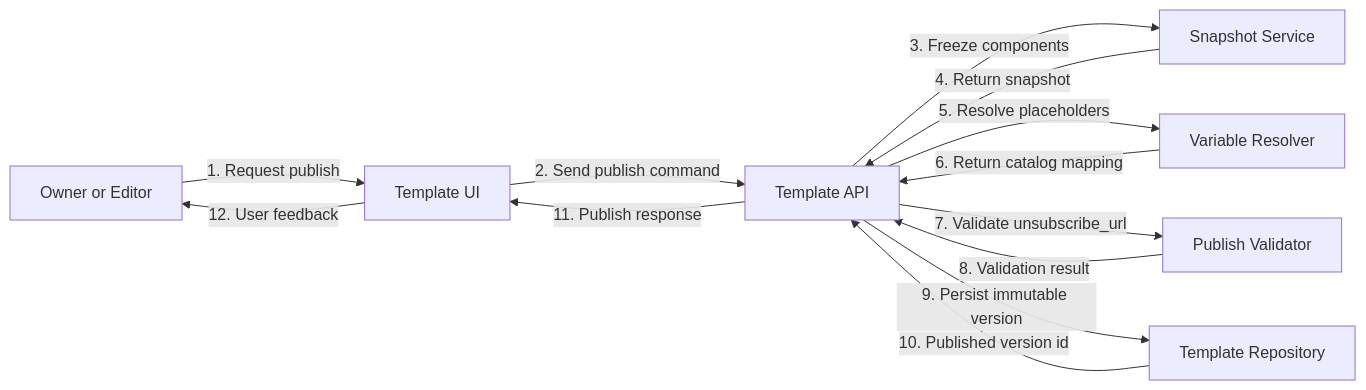
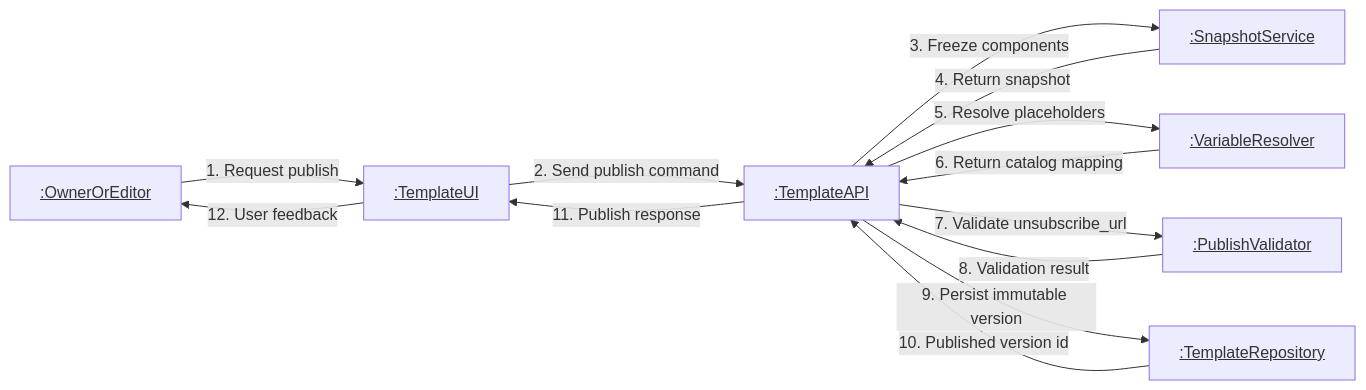
The diagram in docs/analysis/interactions/comm-template-publish.md (Chopyh/SendIO), drawn with Mermaid before and after one commit. The commit also changed 40 other files, not shown here.

Commit message:
Translate design documentation to Spanish, update activity and component diagrams, and add new system design chapter for SendIO. Implement Docker Redis queue worker and enhance validation documentation. Refactor frontend campaign list page and update shell scripts for queue management.

````diff
--- a/docs/analysis/interactions/comm-template-publish.md
+++ b/docs/analysis/interactions/comm-template-publish.md
@@ -5,23 +5,23 @@
 ```mermaid
 flowchart LR
-  A[Owner or Editor]
-  B[Template UI]
-  C[Template API]
-  D[Snapshot Service]
-  E[Variable Resolver]
-  F[Publish Validator]
-  G[Template Repository]
+  A["<u>:OwnerOrEditor</u>"]
+  B["<u>:TemplateUI</u>"]
+  C["<u>:TemplateAPI</u>"]
+  D["<u>:SnapshotService</u>"]
+  E["<u>:VariableResolver</u>"]
+  F["<u>:PublishValidator</u>"]
+  G["<u>:TemplateRepository</u>"]
 
   A -->|1. Request publish| B
   B -->|2. Send publish command| C
   C -->|3. Freeze components| D
   D -->|4. Return snapshot| C
   C -->|5. Resolve placeholders| E
   E -->|6. Return catalog mapping| C
   C -->|7. Validate unsubscribe_url| F
   F -->|8. Validation result| C
   C -->|9. Persist immutable version| G
   G -->|10. Published version id| C
   C -->|11. Publish response| B
   B -->|12. User feedback| A
 ```
````
